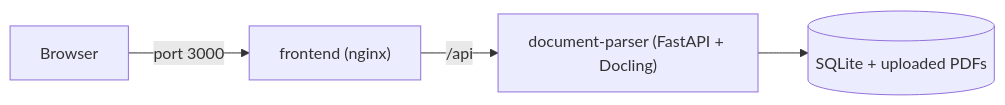
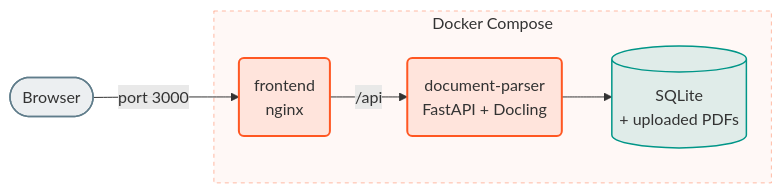
One commit to scub-france/SmolDocling-visualizer changed the diagram in docs/getting-started.md. Above: the diagram before and after it, drawn with Mermaid. The commit also changed 10 other files, not shown here.

First line of the commit message:
docs: restyle the Mermaid diagrams (#340)

````diff
--- a/docs/getting-started.md
+++ b/docs/getting-started.md
@@ -59,6 +59,16 @@
 ```mermaid
 flowchart LR
-    Browser -->|port 3000| Frontend["frontend (nginx)"]
-    Frontend -->|/api| Parser["document-parser (FastAPI + Docling)"]
-    Parser --> Data[("SQLite + uploaded PDFs")]
+    subgraph Compose ["Docker Compose"]
+        Frontend("frontend<br/>nginx") -->|/api| Parser("document-parser<br/>FastAPI + Docling")
+        Parser --> Data[("SQLite<br/>+ uploaded PDFs")]
+    end
+    Browser(["Browser"]) -->|port 3000| Frontend
+
+    classDef grey fill:#607D8B1F,stroke:#607D8B,stroke-width:1.5px
+    classDef orange fill:#FF57221F,stroke:#FF5722,stroke-width:2px
+    classDef teal fill:#0096881F,stroke:#009688,stroke-width:1.5px
+    class Browser grey
+    class Frontend,Parser orange
+    class Data teal
+    style Compose fill:#FF57220A,stroke:#FF572266,stroke-width:1px,stroke-dasharray:4 4
 ```
````
